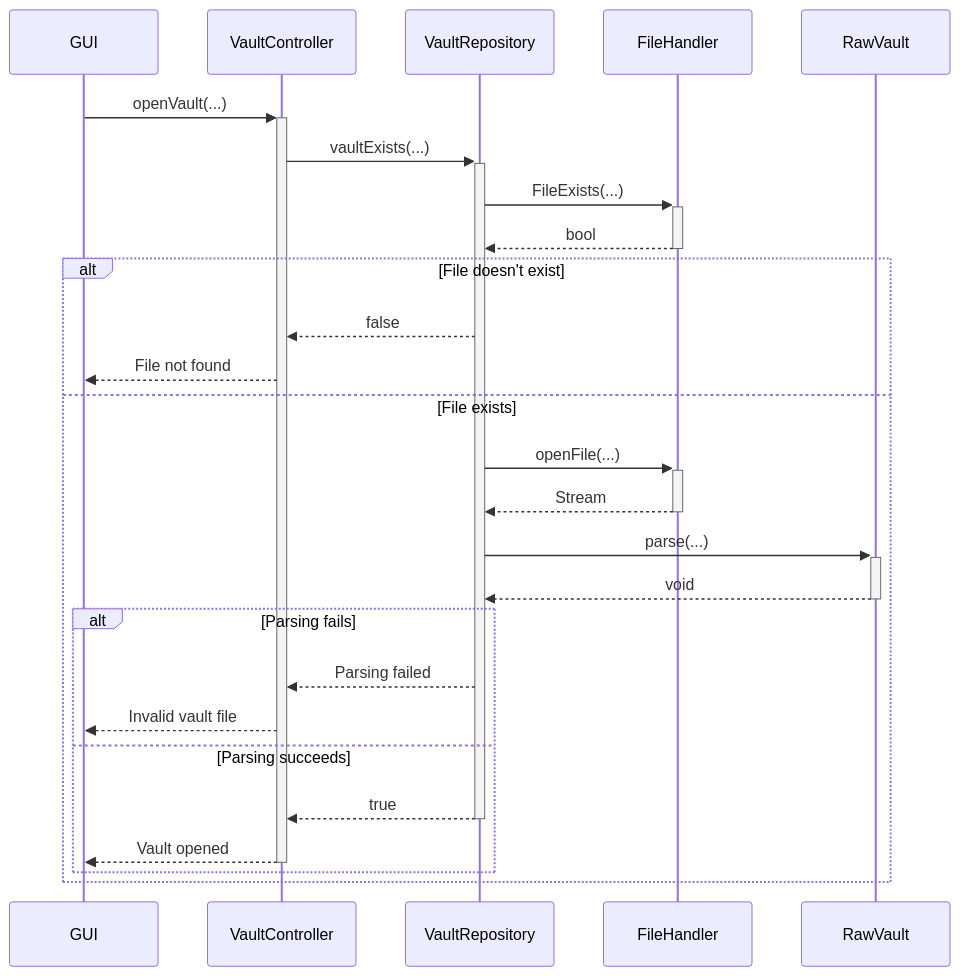
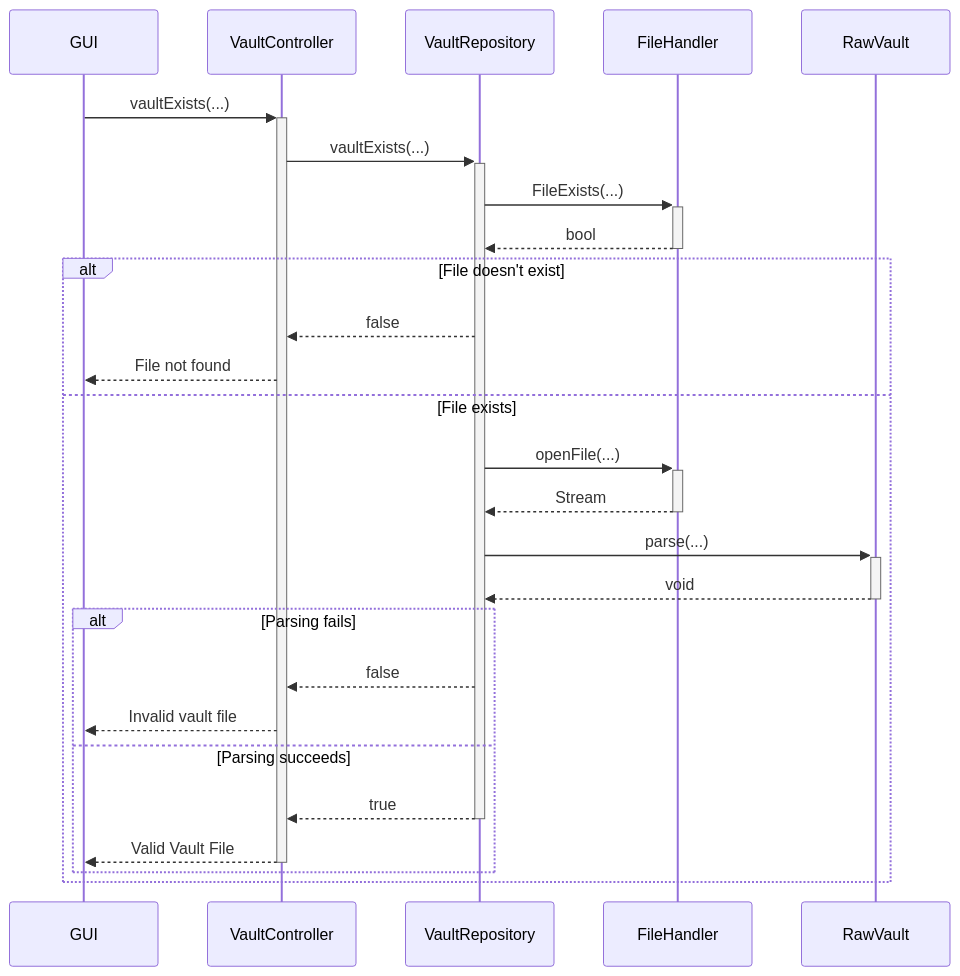
One commit to Keypr-org/docs changed the tenth of 10 diagrams in diagrams/class-sequence-diagrams.md. Above: the diagram before and after it, drawn with Mermaid. The commit also changed other lines of this file, not shown here.

Commit message:
[Doc]: Update class and sequence diagram for VaultRepository

````diff
--- a/diagrams/class-sequence-diagrams.md
+++ b/diagrams/class-sequence-diagrams.md
@@ -272,26 +318,26 @@
 ```mermaid
 sequenceDiagram
-  GUI->>+VaultController: openVault(...)
+  GUI->>+VaultController: vaultExists(...)
   VaultController->>+VaultRepository: vaultExists(...)
   VaultRepository->>+FileHandler: FileExists(...)
   FileHandler-->>-VaultRepository: bool
 
   alt File doesn't exist
     VaultRepository-->>VaultController: false
     VaultController-->>GUI: File not found
   else File exists
     VaultRepository->>+FileHandler: openFile(...)
     FileHandler-->>-VaultRepository: Stream
 
     VaultRepository->>+RawVault: parse(...)
     RawVault-->>-VaultRepository: void
 
     alt Parsing fails
-      VaultRepository-->>VaultController: Parsing failed
+      VaultRepository-->>VaultController: false
       VaultController-->>GUI: Invalid vault file
     else Parsing succeeds
       VaultRepository-->>-VaultController: true
-      VaultController-->>-GUI: Vault opened
+      VaultController-->>-GUI: Valid Vault File
     end
   end
 ```
````
